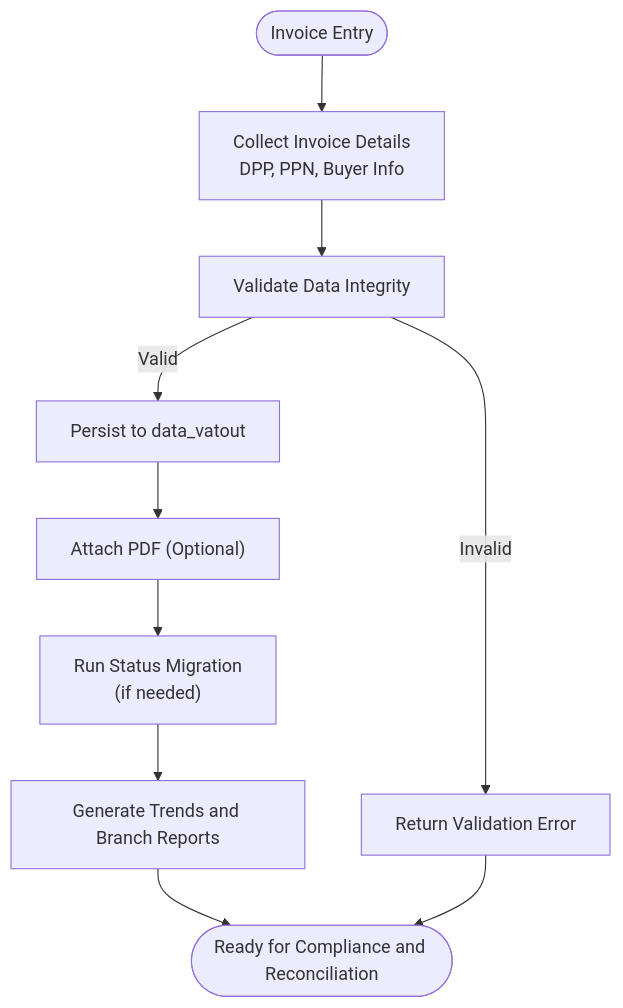
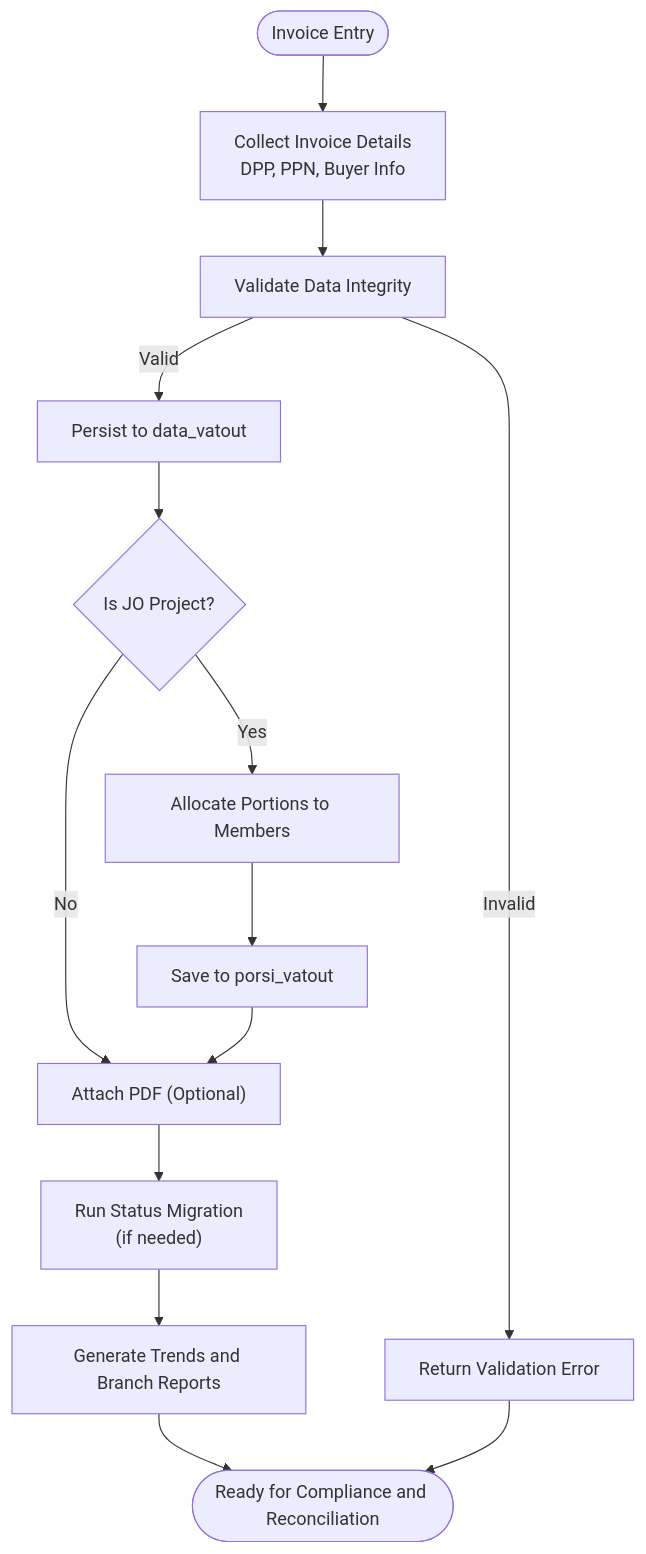
Before and after one commit to rendisiagian/TDS_by_RENDISIAGIAN: the fourth of 10 diagrams in .qoder/repowiki/en/content/VAT Management System/VAT Output (VAT OUT).md, drawn with Mermaid. The commit also changed other lines of this file and 91 other files, not shown here.

````diff
--- a/.qoder/repowiki/en/content/VAT Management System/VAT Output (VAT OUT).md
+++ b/.qoder/repowiki/en/content/VAT Management System/VAT Output (VAT OUT).md
@@ -145,12 +206,16 @@
 ```mermaid
 flowchart TD
 Start(["Invoice Entry"]) --> Collect["Collect Invoice Details<br/>DPP, PPN, Buyer Info"]
 Collect --> Validate["Validate Data Integrity"]
 Validate --> |Valid| Persist["Persist to data_vatout"]
 Validate --> |Invalid| Error["Return Validation Error"]
-Persist --> Attach["Attach PDF (Optional)"]
+Persist --> CheckJO{"Is JO Project?"}
+CheckJO --> |Yes| AllocatePortions["Allocate Portions to Members"]
+CheckJO --> |No| Attach["Attach PDF (Optional)"]
+AllocatePortions --> SaveAllocations["Save to porsi_vatout"]
+SaveAllocations --> Attach
 Attach --> Migrate["Run Status Migration<br/>(if needed)"]
 Migrate --> Report["Generate Trends and Branch Reports"]
 Report --> End(["Ready for Compliance and Reconciliation"])
 Error --> End
 ```
````
